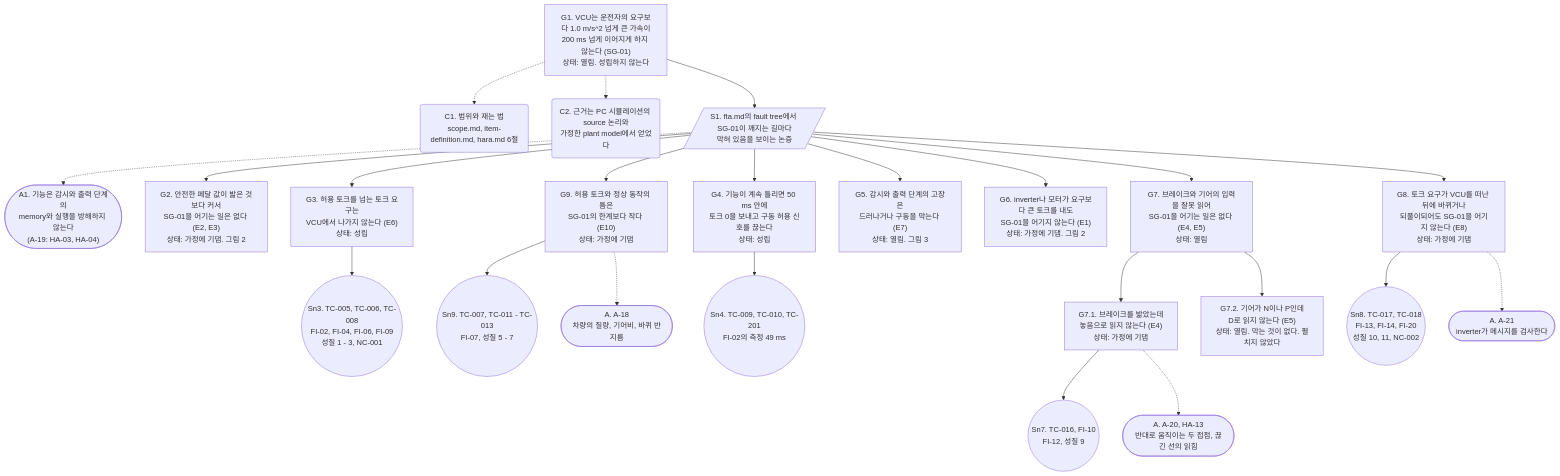
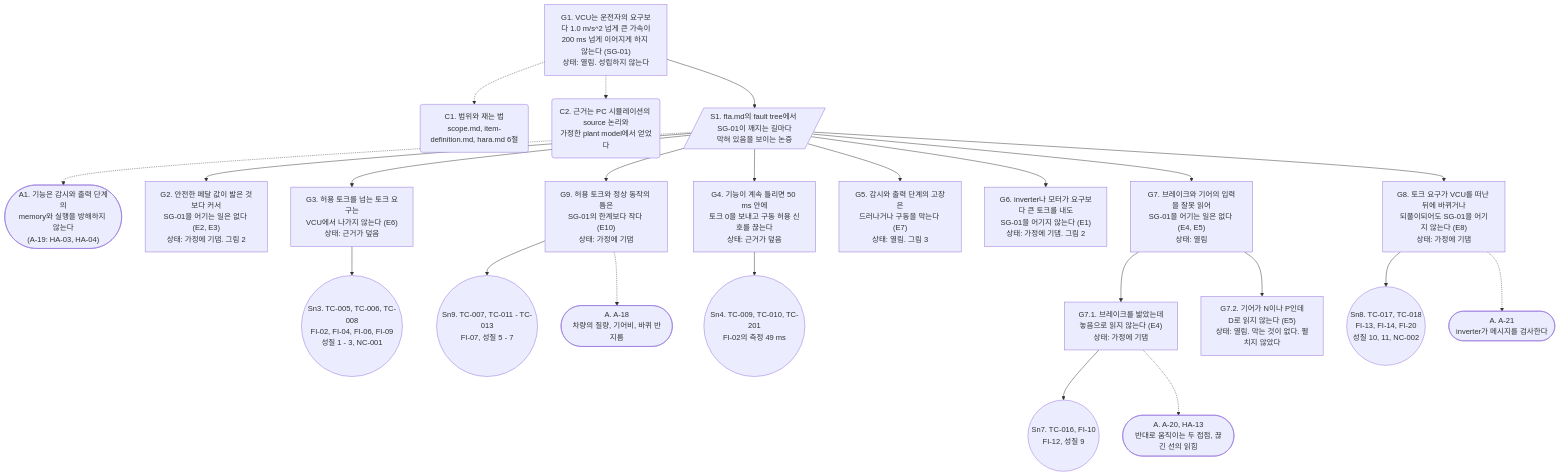
One commit to danielhongwoo/fusa changed the first of 5 diagrams in example/drive-torque/docs/safety-case.md. Above: the diagram before and after it, drawn with Mermaid. The commit also changed other lines of this file and 10 other files, not shown here.

````diff
--- a/example/drive-torque/docs/safety-case.md
+++ b/example/drive-torque/docs/safety-case.md
@@ -53,48 +55,48 @@
 ```mermaid
 flowchart TD
     G1["G1. VCU는 운전자의 요구보다 1.0 m/s^2 넘게 큰 가속이<br/>200 ms 넘게 이어지게 하지 않는다 (SG-01)<br/>상태: 열림. 성립하지 않는다"]
     C1("C1. 범위와 재는 법<br/>scope.md, item-definition.md, hara.md 6절")
     C2("C2. 근거는 PC 시뮬레이션의 source 논리와<br/>가정한 plant model에서 얻었다")
     S1[/"S1. fta.md의 fault tree에서 SG-01이 깨지는 길마다<br/>막혀 있음을 보이는 논증"/]
     A1(["A1. 기능은 감시와 출력 단계의<br/>memory와 실행을 방해하지 않는다<br/>(A-19: HA-03, HA-04)"])
     G2["G2. 안전한 페달 값이 밟은 것보다 커서<br/>SG-01을 어기는 일은 없다 (E2, E3)<br/>상태: 가정에 기댐. 그림 2"]
-    G3["G3. 허용 토크를 넘는 토크 요구는<br/>VCU에서 나가지 않는다 (E6)<br/>상태: 성립"]
+    G3["G3. 허용 토크를 넘는 토크 요구는<br/>VCU에서 나가지 않는다 (E6)<br/>상태: 근거가 덮음"]
     G9["G9. 허용 토크와 정상 동작의 틈은<br/>SG-01의 한계보다 작다 (E10)<br/>상태: 가정에 기댐"]
-    G4["G4. 기능이 계속 틀리면 50 ms 안에<br/>토크 0을 보내고 구동 허용 신호를 끊는다<br/>상태: 성립"]
+    G4["G4. 기능이 계속 틀리면 50 ms 안에<br/>토크 0을 보내고 구동 허용 신호를 끊는다<br/>상태: 근거가 덮음"]
     G5["G5. 감시와 출력 단계의 고장은<br/>드러나거나 구동을 막는다 (E7)<br/>상태: 열림. 그림 3"]
     G6["G6. inverter나 모터가 요구보다 큰 토크를 내도<br/>SG-01을 어기지 않는다 (E1)<br/>상태: 가정에 기댐. 그림 2"]
     G7["G7. 브레이크와 기어의 입력을 잘못 읽어<br/>SG-01을 어기는 일은 없다 (E4, E5)<br/>상태: 열림"]
     G8["G8. 토크 요구가 VCU를 떠난 뒤에 바뀌거나<br/>되풀이되어도 SG-01을 어기지 않는다 (E8)<br/>상태: 가정에 기댐"]
     G7_1["G7.1. 브레이크를 밟았는데<br/>놓음으로 읽지 않는다 (E4)<br/>상태: 가정에 기댐"]
     G7_2["G7.2. 기어가 N이나 P인데<br/>D로 읽지 않는다 (E5)<br/>상태: 열림. 막는 것이 없다. 펼치지 않았다"]
     Sn3(("Sn3. TC-005, TC-006, TC-008<br/>FI-02, FI-04, FI-06, FI-09<br/>성질 1 - 3, NC-001"))
     Sn9(("Sn9. TC-007, TC-011 - TC-013<br/>FI-07, 성질 5 - 7"))
     Sn4(("Sn4. TC-009, TC-010, TC-201<br/>FI-02의 측정 49 ms"))
     Sn7(("Sn7. TC-016, FI-10<br/>FI-12, 성질 9"))
     Sn8(("Sn8. TC-017, TC-018<br/>FI-13, FI-14, FI-20<br/>성질 10, 11, NC-002"))
     A9(["A. A-18<br/>차량의 질량, 기어비, 바퀴 반지름"])
     A7(["A. A-20, HA-13<br/>반대로 움직이는 두 접점, 끊긴 선의 읽힘"])
     A8(["A. A-21<br/>inverter가 메시지를 검사한다"])
     G1 -.-> C1
     G1 -.-> C2
     G1 --> S1
     S1 -.-> A1
     S1 --> G2
     S1 --> G3
     S1 --> G9
     S1 --> G4
     S1 --> G5
     S1 --> G6
     S1 --> G7
     S1 --> G8
     G3 --> Sn3
     G9 --> Sn9
     G9 -.-> A9
     G4 --> Sn4
     G7 --> G7_1
     G7 --> G7_2
     G7_1 --> Sn7
     G7_1 -.-> A7
     G8 --> Sn8
     G8 -.-> A8
 ```
````
